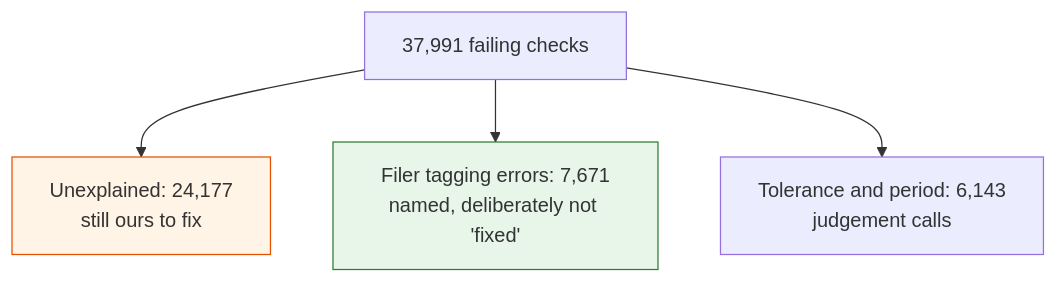
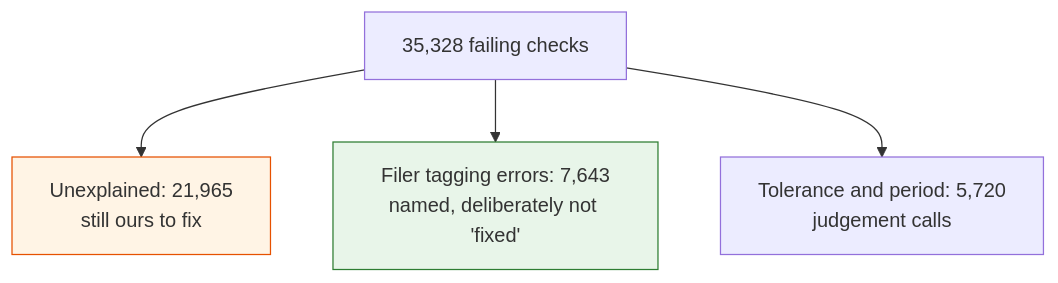
The diagram in docs/what-to-double-check.md (g784dwcd2r-crypto/H), drawn with Mermaid before and after one commit. The commit also changed other lines of this file, not shown here.

````diff
--- a/docs/what-to-double-check.md
+++ b/docs/what-to-double-check.md
@@ -123,8 +127,8 @@
 ```mermaid
 flowchart TD
-    ALL["37,991 failing checks"] --> OURS["Unexplained: 24,177<br/>still ours to fix"]
-    ALL --> THEIRS["Filer tagging errors: 7,671<br/>named, deliberately not 'fixed'"]
-    ALL --> TOL["Tolerance and period: 6,143<br/>judgement calls"]
+    ALL["35,328 failing checks"] --> OURS["Unexplained: 21,965<br/>still ours to fix"]
+    ALL --> THEIRS["Filer tagging errors: 7,643<br/>named, deliberately not 'fixed'"]
+    ALL --> TOL["Tolerance and period: 5,720<br/>judgement calls"]
     style OURS fill:#fff4e5,stroke:#e65100
     style THEIRS fill:#e8f5e9,stroke:#2e7d32
 ```
````
